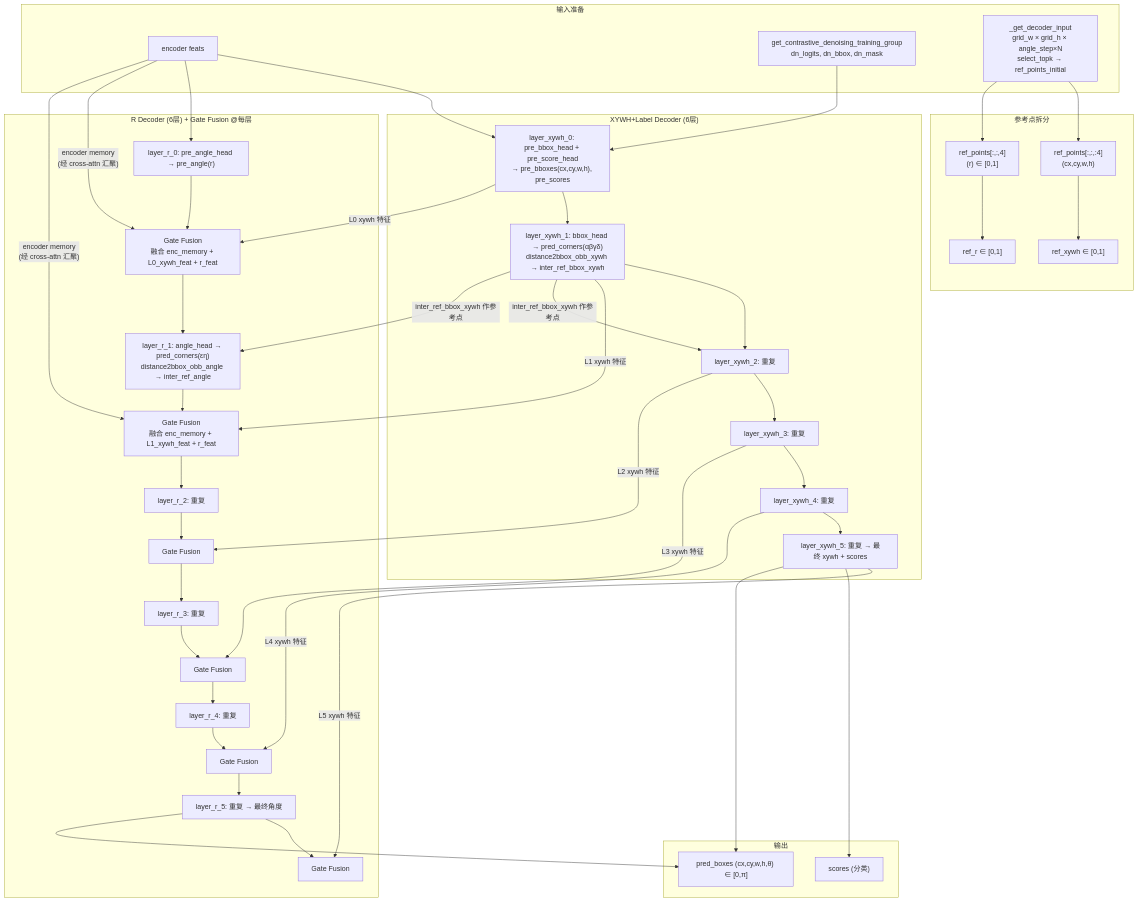
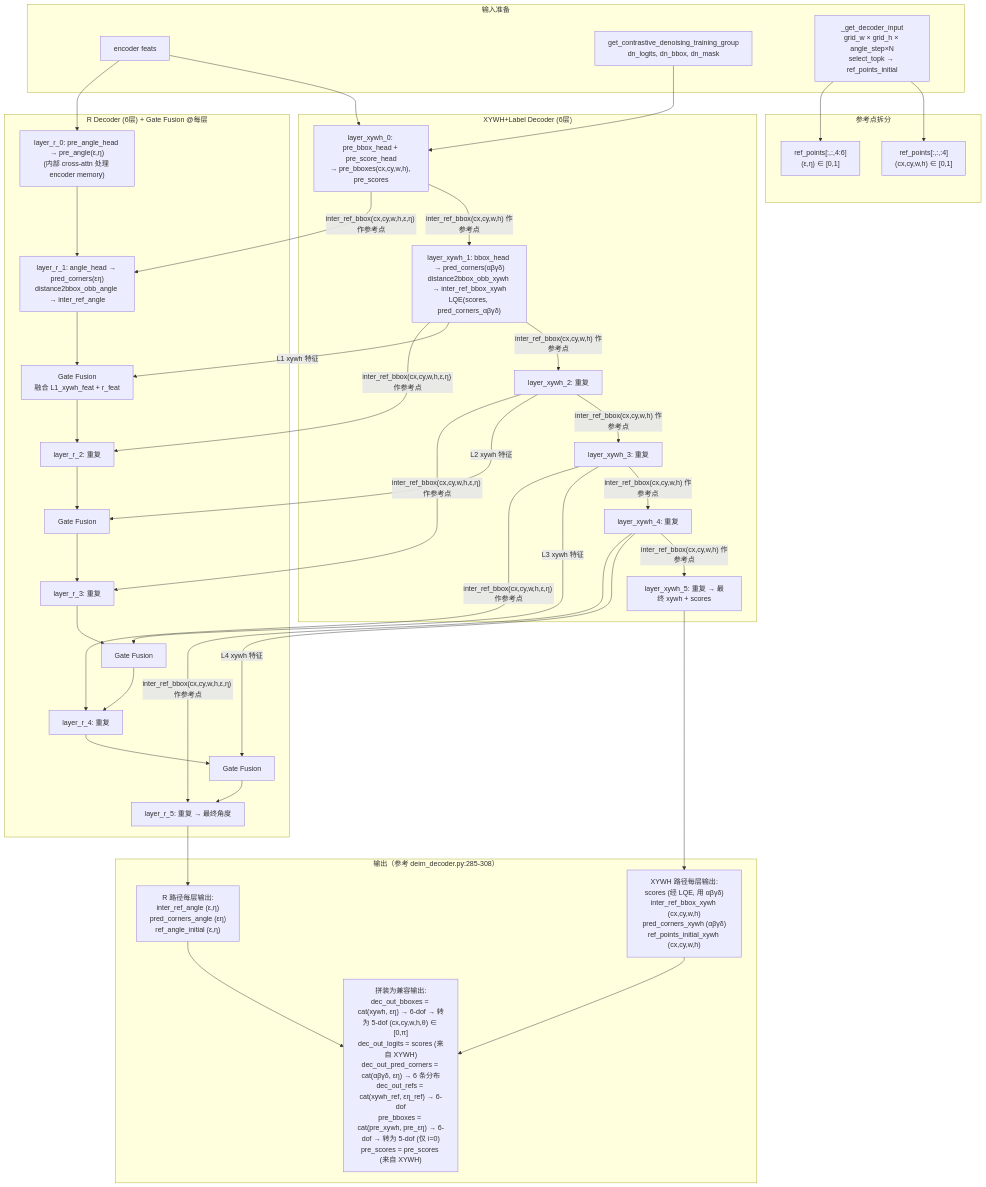
Before and after one commit to brook-cheng/DEIMv2_DAOD: the diagram in docs/superpowers/design/2026-06-25-decoder-decoupling-design.md, drawn with Mermaid. The commit also changed other lines of this file and 10 other files, not shown here.

````diff
--- a/docs/superpowers/design/2026-06-25-decoder-decoupling-design.md
+++ b/docs/superpowers/design/2026-06-25-decoder-decoupling-design.md
@@ -45,70 +45,70 @@
 ```mermaid
 flowchart TD
     subgraph Input["输入准备"]
         ENC["encoder feats"]
         DN["get_contrastive_denoising_training_group<br/>dn_logits, dn_bbox, dn_mask"]
         ANCHOR["_get_decoder_input<br/>grid_w × grid_h × angle_step×N<br/>select_topk → ref_points_initial"]
     end
 
     subgraph Split["参考点拆分"]
-        XYWH["ref_points[:,:,:4]<br/>(cx,cy,w,h)"]
-        R_REF["ref_points[:,:,4]<br/>(r) ∈ [0,1]"]
-        XYWH --> SCALED_XYWH["ref_xywh ∈ [0,1]"]
-        R_REF --> SCALED_R["ref_r ∈ [0,1]"]
+        XYWH["ref_points[:,:,:4]<br/>(cx,cy,w,h) ∈ [0,1]"]
+        R_REF["ref_points[:,:,4:6]<br/>(ε,η) ∈ [0,1]"]
     end
 
     subgraph XYWH_path["XYWH+Label Decoder (6层)"]
         L0["layer_xywh_0: pre_bbox_head + pre_score_head<br/>→ pre_bboxes(cx,cy,w,h), pre_scores"]
-        L1["layer_xywh_1: bbox_head → pred_corners(αβγδ)<br/>distance2bbox_obb_xywh → inter_ref_bbox_xywh"]
+        L1["layer_xywh_1: bbox_head → pred_corners(αβγδ)<br/>distance2bbox_obb_xywh → inter_ref_bbox_xywh<br/>LQE(scores, pred_corners_αβγδ)"]
         L2["layer_xywh_2: 重复"]
         L3["layer_xywh_3: 重复"]
         L4["layer_xywh_4: 重复"]
         L5["layer_xywh_5: 重复 → 最终 xywh + scores"]
-        L0 --> L1 --> L2 --> L3 --> L4 --> L5
+        L0 -->|"inter_ref_bbox(cx,cy,w,h) 作参考点"| L1
+        L1 -->|"inter_ref_bbox(cx,cy,w,h) 作参考点"| L2
+        L2 -->|"inter_ref_bbox(cx,cy,w,h) 作参考点"| L3
+        L3 -->|"inter_ref_bbox(cx,cy,w,h) 作参考点"| L4
+        L4 -->|"inter_ref_bbox(cx,cy,w,h) 作参考点"| L5
     end
 
     subgraph R_path["R Decoder (6层) + Gate Fusion @每层"]
-        R0["layer_r_0: pre_angle_head → pre_angle(r)"]
-        GF0["Gate Fusion<br/>融合 enc_memory + L0_xywh_feat + r_feat"]
+        R0["layer_r_0: pre_angle_head → pre_angle(ε,η)<br/>(内部 cross-attn 处理 encoder memory)"]
         R1["layer_r_1: angle_head → pred_corners(εη)<br/>distance2bbox_obb_angle → inter_ref_angle"]
-        GF1["Gate Fusion<br/>融合 enc_memory + L1_xywh_feat + r_feat"]
+        GF1["Gate Fusion<br/>融合 L1_xywh_feat + r_feat"]
         R2["layer_r_2: 重复"]
         GF2["Gate Fusion"]
         R3["layer_r_3: 重复"]
         GF3["Gate Fusion"]
         R4["layer_r_4: 重复"]
         GF4["Gate Fusion"]
         R5["layer_r_5: 重复 → 最终角度"]
-        GF5["Gate Fusion"]
 
-        R0 --> GF0 --> R1 --> GF1 --> R2 --> GF2 --> R3 --> GF3 --> R4 --> GF4 --> R5 --> GF5
+        R0 --> R1 --> GF1 --> R2 --> GF2 --> R3 --> GF3 --> R4 --> GF4 --> R5
     end
 
     ENC --> L0
     ENC --> R0
     DN --> L0
     ANCHOR --> XYWH
     ANCHOR --> R_REF
 
-    L0 -->|"L0 xywh 特征"| GF0
     L1 -->|"L1 xywh 特征"| GF1
     L2 -->|"L2 xywh 特征"| GF2
     L3 -->|"L3 xywh 特征"| GF3
     L4 -->|"L4 xywh 特征"| GF4
-    L5 -->|"L5 xywh 特征"| GF5
 
-    ENC -->|"encoder memory<br/>(经 cross-attn 汇聚)"| GF0
-    ENC -->|"encoder memory<br/>(经 cross-attn 汇聚)"| GF1
+    L0 -->|"inter_ref_bbox(cx,cy,w,h,ε,η) 作参考点"| R1
+    L1 -->|"inter_ref_bbox(cx,cy,w,h,ε,η) 作参考点"| R2
+    L2 -->|"inter_ref_bbox(cx,cy,w,h,ε,η) 作参考点"| R3
+    L3 -->|"inter_ref_bbox(cx,cy,w,h,ε,η) 作参考点"| R4
+    L4 -->|"inter_ref_bbox(cx,cy,w,h,ε,η) 作参考点"| R5
 
-    L1 -->|"inter_ref_bbox_xywh 作参考点"| L2
-    L1 -->|"inter_ref_bbox_xywh 作参考点"| R1
-
-    subgraph Output["输出"]
-        SCORES["scores (分类)"]
-        BBOX["pred_boxes (cx,cy,w,h,θ) ∈ [0,π]"]
+    subgraph Output["输出（参考 deim_decoder.py:285-308）"]
+        XYWH_OUT["XYWH 路径每层输出:<br/>scores (经 LQE, 用 αβγδ)<br/>inter_ref_bbox_xywh (cx,cy,w,h)<br/>pred_corners_xywh (αβγδ)<br/>ref_points_initial_xywh (cx,cy,w,h)"]
+        R_OUT["R 路径每层输出:<br/>inter_ref_angle (ε,η)<br/>pred_corners_angle (εη)<br/>ref_angle_initial (ε,η)"]
+        MERGE["拼装为兼容输出:<br/>dec_out_bboxes = cat(xywh, εη) → 6-dof → 转为 5-dof (cx,cy,w,h,θ) ∈ [0,π]<br/>dec_out_logits = scores (来自 XYWH)<br/>dec_out_pred_corners = cat(αβγδ, εη) → 6 条分布<br/>dec_out_refs = cat(xywh_ref, εη_ref) → 6-dof<br/>pre_bboxes = cat(pre_xywh, pre_εη) → 6-dof → 转为 5-dof (仅 i=0)<br/>pre_scores = pre_scores (来自 XYWH)"]
+        XYWH_OUT --> MERGE
+        R_OUT --> MERGE
     end
 
-    L5 --> SCORES
-    L5 --> BBOX
-    R5 --> BBOX
+    L5 --> XYWH_OUT
+    R5 --> R_OUT
 ```
````
